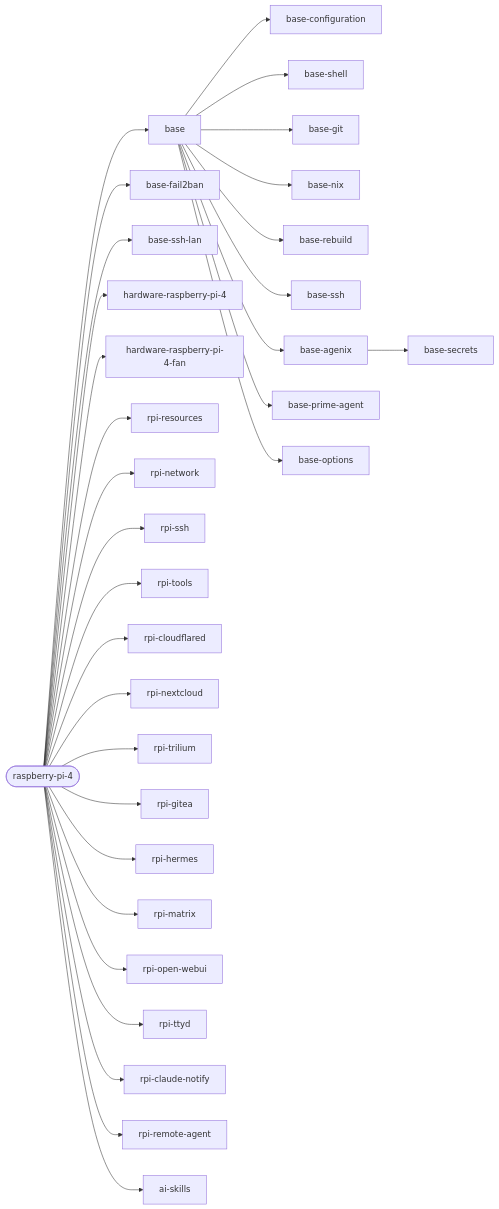
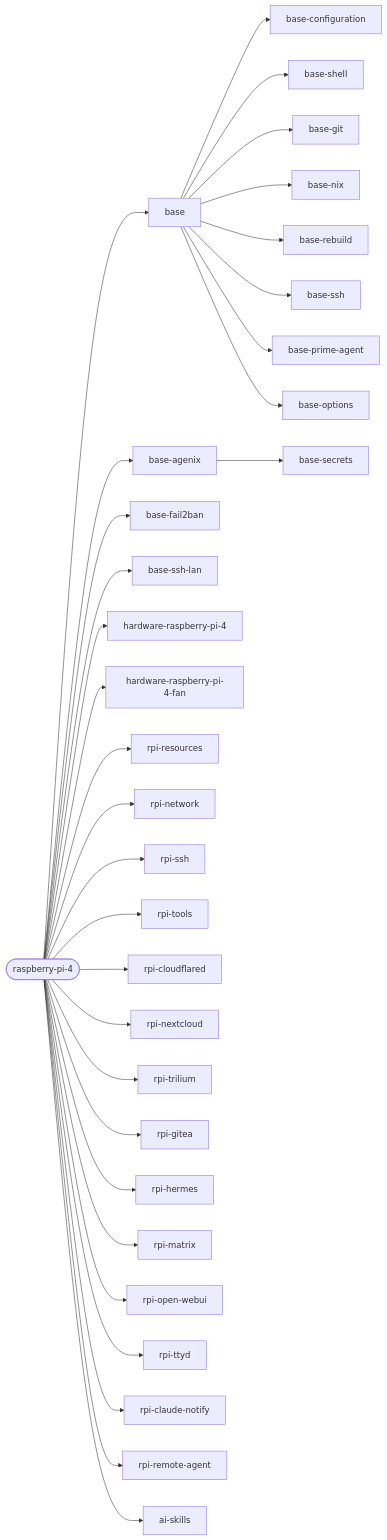
One commit to janusz-bit/nixos changed the second of 3 diagrams in docs/reference/hosts.md. Above: the diagram before and after it, drawn with Mermaid. The commit also changed other lines of this file and 9 other files, not shown here.

````diff
--- a/docs/reference/hosts.md
+++ b/docs/reference/hosts.md
@@ -116,34 +116,34 @@
 ```mermaid
 flowchart LR
   host_raspberry_pi_4([raspberry-pi-4])
   host_raspberry_pi_4 --> base[base]
+  host_raspberry_pi_4 --> base_agenix[base-agenix]
   host_raspberry_pi_4 --> base_fail2ban[base-fail2ban]
   host_raspberry_pi_4 --> base_ssh_lan[base-ssh-lan]
   host_raspberry_pi_4 --> hardware_raspberry_pi_4[hardware-raspberry-pi-4]
   host_raspberry_pi_4 --> hardware_raspberry_pi_4_fan[hardware-raspberry-pi-4-fan]
   host_raspberry_pi_4 --> rpi_resources[rpi-resources]
   host_raspberry_pi_4 --> rpi_network[rpi-network]
   host_raspberry_pi_4 --> rpi_ssh[rpi-ssh]
   host_raspberry_pi_4 --> rpi_tools[rpi-tools]
   host_raspberry_pi_4 --> rpi_cloudflared[rpi-cloudflared]
   host_raspberry_pi_4 --> rpi_nextcloud[rpi-nextcloud]
   host_raspberry_pi_4 --> rpi_trilium[rpi-trilium]
   host_raspberry_pi_4 --> rpi_gitea[rpi-gitea]
   host_raspberry_pi_4 --> rpi_hermes[rpi-hermes]
   host_raspberry_pi_4 --> rpi_matrix[rpi-matrix]
   host_raspberry_pi_4 --> rpi_open_webui[rpi-open-webui]
   host_raspberry_pi_4 --> rpi_ttyd[rpi-ttyd]
   host_raspberry_pi_4 --> rpi_claude_notify[rpi-claude-notify]
   host_raspberry_pi_4 --> rpi_remote_agent[rpi-remote-agent]
   host_raspberry_pi_4 --> ai_skills[ai-skills]
   base --> base_configuration[base-configuration]
   base --> base_shell[base-shell]
   base --> base_git[base-git]
   base --> base_nix[base-nix]
   base --> base_rebuild[base-rebuild]
   base --> base_ssh[base-ssh]
-  base --> base_agenix[base-agenix]
   base --> base_prime_agent[base-prime-agent]
   base --> base_options[base-options]
   base_agenix --> base_secrets[base-secrets]
 ```
````
